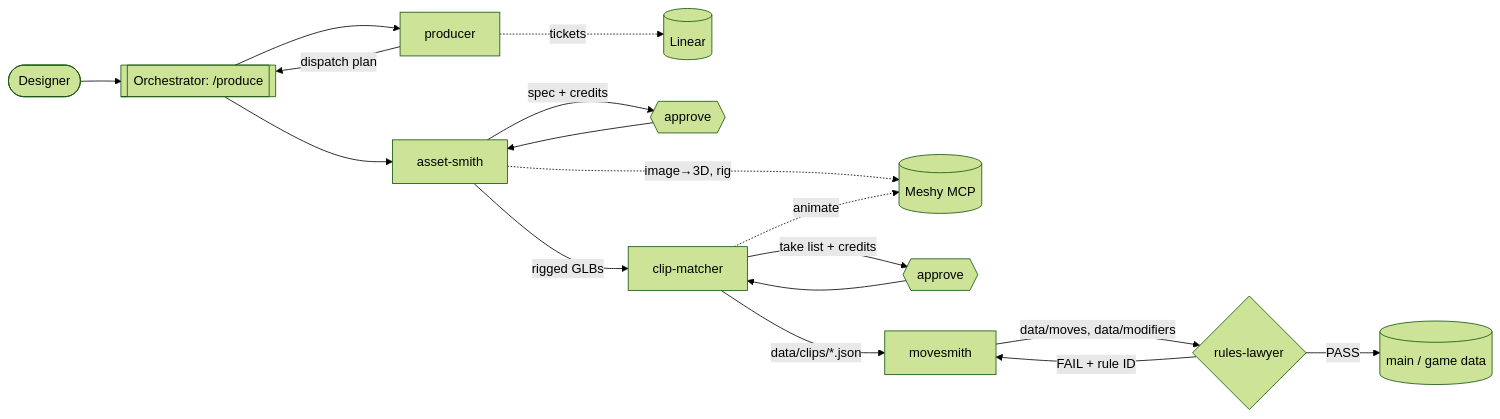
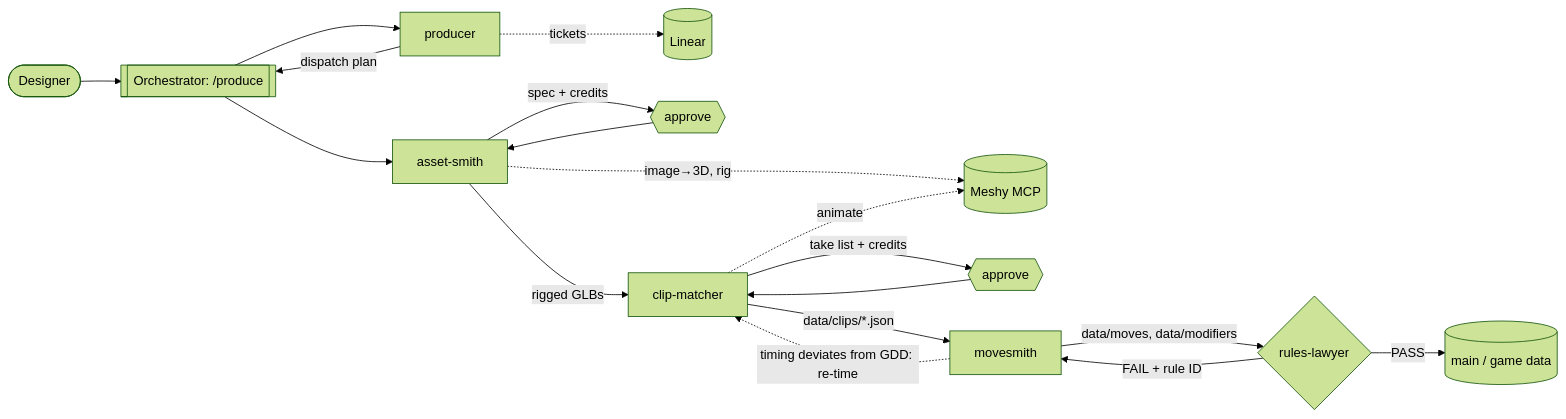
One commit to Andreas203/yokai-fighters changed the diagram in assignments/assignment-3-agent-crew/README.md. Above: the diagram before and after it, drawn with Mermaid (forest theme). The commit also changed other lines of this file and 21 other files, not shown here.

````diff
--- a/assignments/assignment-3-agent-crew/README.md
+++ b/assignments/assignment-3-agent-crew/README.md
@@ -35,15 +35,16 @@
 ```mermaid
 flowchart LR
     D([Designer]) --> O[[Orchestrator: /produce]]
     O --> P[producer] -->|dispatch plan| O
     P -.->|tickets| LIN[(Linear)]
     O --> AS[asset-smith] -->|spec + credits| G1{{approve}} --> AS
     AS -.->|image→3D, rig| MESHY[(Meshy MCP)]
     AS -->|rigged GLBs| CM[clip-matcher]
     CM -->|take list + credits| G2{{approve}} --> CM
     CM -.->|animate| MESHY
     CM -->|data/clips/*.json| MS[movesmith]
     MS -->|data/moves, data/modifiers| RL{rules-lawyer}
+    MS -.->|timing deviates from GDD: re-time| CM
     RL -->|FAIL + rule ID| MS
     RL -->|PASS| MAIN[(main / game data)]
 ```
````
